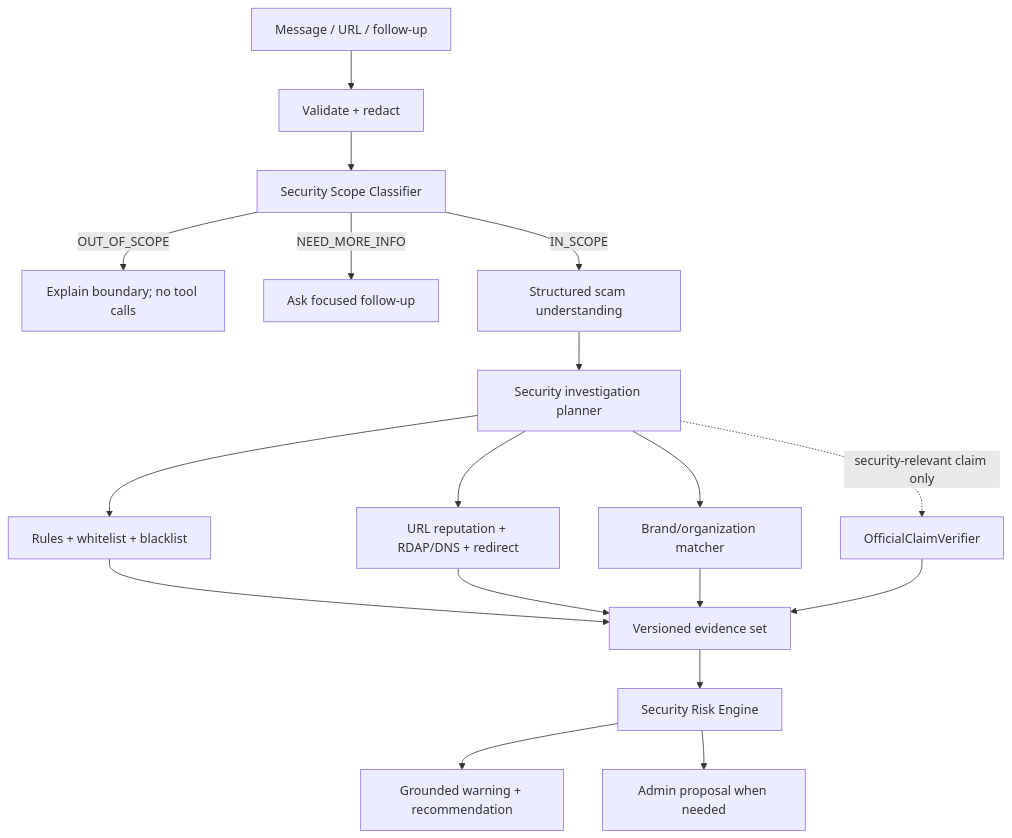
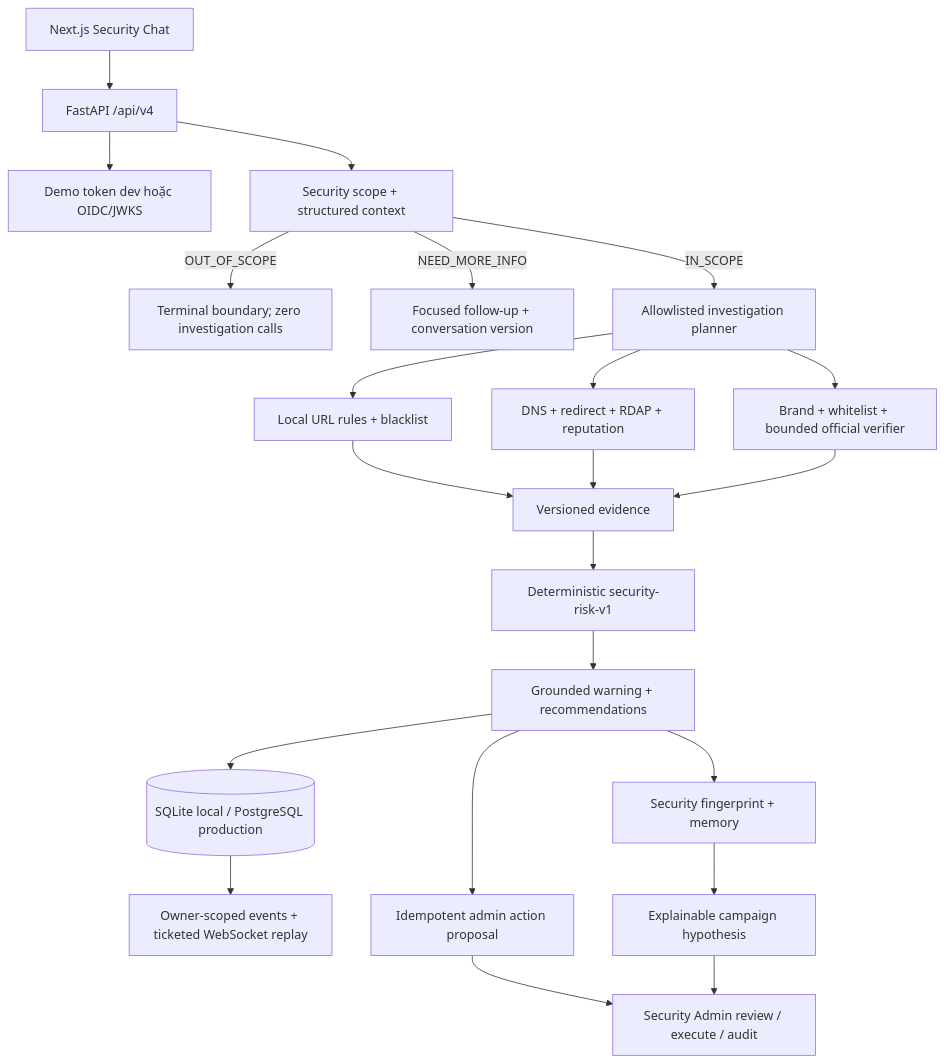
The diagram in docs/01-ARCHITECTURE.md (Binhdn04/TrustGuard-AI), drawn with Mermaid before and after one commit. The commit also changed other lines of this file and 21 other files, not shown here.

````diff
--- a/docs/01-ARCHITECTURE.md
+++ b/docs/01-ARCHITECTURE.md
@@ -64,20 +20,24 @@
 ```mermaid
 flowchart TD
-    A[Message / URL / follow-up] --> B[Validate + redact]
-    B --> C[Security Scope Classifier]
-    C -->|OUT_OF_SCOPE| D[Explain boundary; no tool calls]
-    C -->|NEED_MORE_INFO| E[Ask focused follow-up]
-    C -->|IN_SCOPE| F[Structured scam understanding]
-    F --> G[Security investigation planner]
-    G --> H[Rules + whitelist + blacklist]
-    G --> I[URL reputation + RDAP/DNS + redirect]
-    G --> J[Brand/organization matcher]
-    G -. security-relevant claim only .-> K[OfficialClaimVerifier]
-    H --> L[Versioned evidence set]
-    I --> L
-    J --> L
-    K --> L
-    L --> M[Security Risk Engine]
-    M --> N[Grounded warning + recommendation]
-    M --> O[Admin proposal when needed]
+    UI[Next.js Security Chat] --> API[FastAPI /api/v4]
+    API --> Auth[Demo token dev hoặc OIDC/JWKS]
+    API --> Scope[Security scope + structured context]
+    Scope -->|OUT_OF_SCOPE| Boundary[Terminal boundary; zero investigation calls]
+    Scope -->|NEED_MORE_INFO| FollowUp[Focused follow-up + conversation version]
+    Scope -->|IN_SCOPE| Planner[Allowlisted investigation planner]
+    Planner --> Local[Local URL rules + blacklist]
+    Planner --> External[DNS + redirect + RDAP + reputation]
+    Planner --> Trust[Brand + whitelist + bounded official verifier]
+    Local --> Evidence[Versioned evidence]
+    External --> Evidence
+    Trust --> Evidence
+    Evidence --> Risk[Deterministic security-risk-v1]
+    Risk --> Result[Grounded warning + recommendations]
+    Result --> Store[(SQLite local / PostgreSQL production)]
+    Store --> Events[Owner-scoped events + ticketed WebSocket replay]
+    Result --> HITL[Idempotent admin action proposal]
+    Result --> Memory[Security fingerprint + memory]
+    Memory --> Campaign[Explainable campaign hypothesis]
+    HITL --> Admin[Security Admin review / execute / audit]
+    Campaign --> Admin
 ```
````
